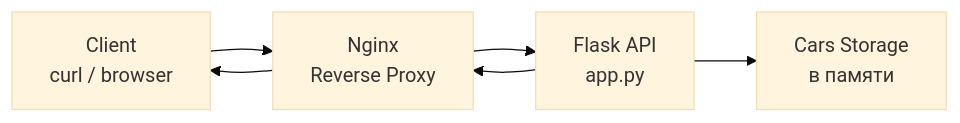
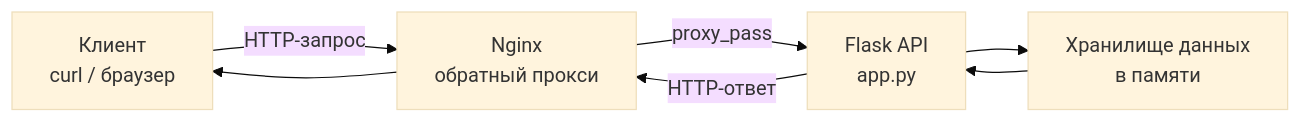
Before and after one commit to PesenkovaER/distributed-systems: the diagram in lab_02/lab_02.md, drawn with Mermaid (base theme). The commit also changed other lines of this file, not shown here.

````diff
--- a/lab_02/lab_02.md
+++ b/lab_02/lab_02.md
@@ -19,17 +22,14 @@
 ```mermaid
 flowchart LR
+    Client[Клиент<br>curl / браузер]
+    Nginx[Nginx<br>обратный прокси]
+    Flask[Flask API<br>app.py]
+    Data[Хранилище данных<br>в памяти]
 
-Client[Client<br>curl / browser]
-
-Nginx[Nginx<br>Reverse Proxy]
-
-Flask[Flask API<br>app.py]
-
-Data[Cars Storage<br>в памяти]
-
-Client --> Nginx
-Nginx --> Flask
-Flask --> Data
-Flask --> Nginx
-Nginx --> Client
+    Client -->|HTTP-запрос| Nginx
+    Nginx -->|proxy_pass| Flask
+    Flask --> Data
+    Data --> Flask
+    Flask -->|HTTP-ответ| Nginx
+    Nginx --> Client
 ```
````
